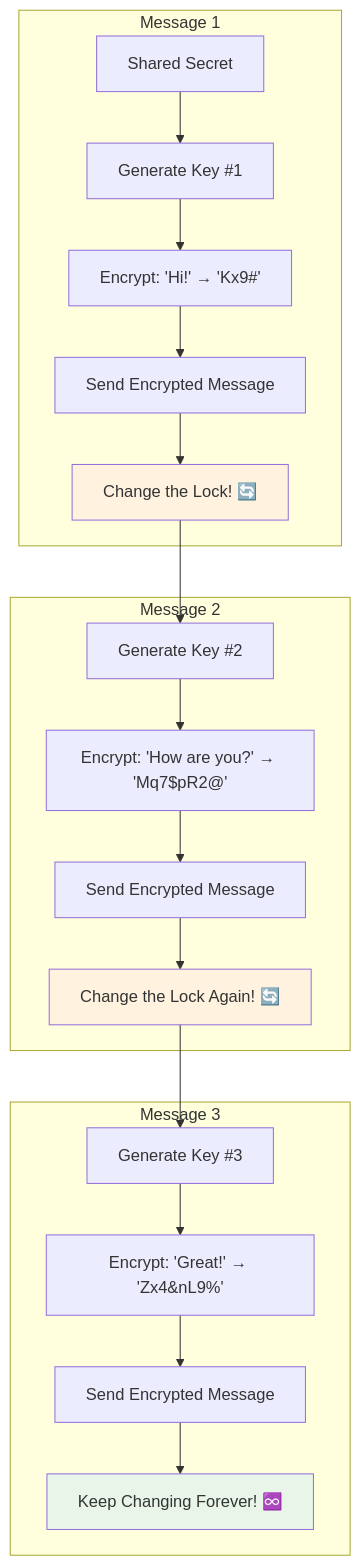
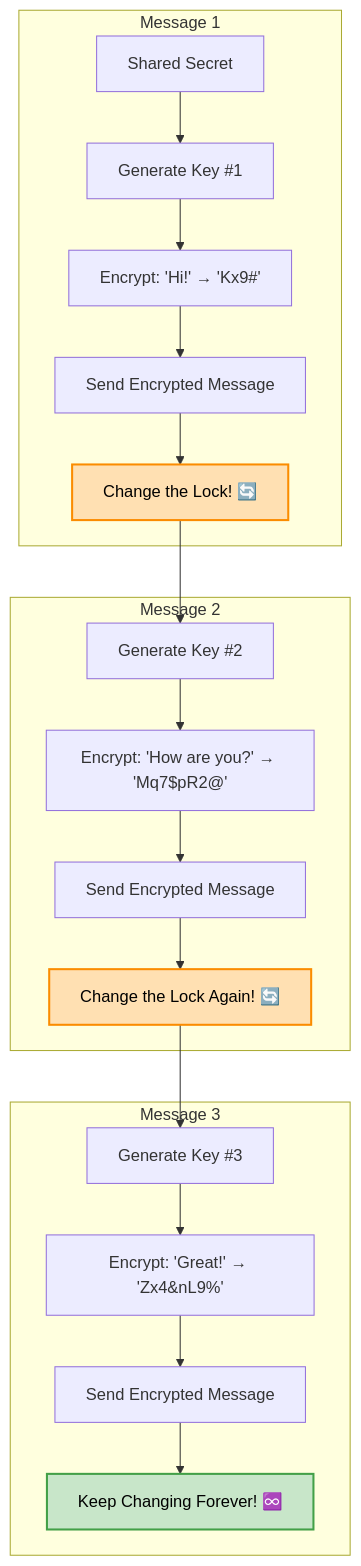
The seventh of 16 diagrams in docs/signal_protocol_for_kids.md (prabhatg/signal_crypto_lib), drawn with Mermaid before and after one commit. The commit also changed other lines of this file and 1 other file, not shown here.

Commit message:
Documentation diagram updates

````diff
--- a/docs/signal_protocol_for_kids.md
+++ b/docs/signal_protocol_for_kids.md
@@ -193,27 +193,27 @@
 ```mermaid
 graph TD
     subgraph "Message 1"
         A[Shared Secret] --> B[Generate Key #1]
         B --> C[Encrypt: 'Hi!' → 'Kx9#']
         C --> D[Send Encrypted Message]
         D --> E[Change the Lock! 🔄]
     end
     
     subgraph "Message 2"
         E --> F[Generate Key #2]
         F --> G[Encrypt: 'How are you?' → 'Mq7$pR2@']
         G --> H[Send Encrypted Message]
         H --> I[Change the Lock Again! 🔄]
     end
     
     subgraph "Message 3"
         I --> J[Generate Key #3]
         J --> K[Encrypt: 'Great!' → 'Zx4&nL9%']
         K --> L[Send Encrypted Message]
         L --> M[Keep Changing Forever! ♾️]
     end
     
-    style E fill:#fff3e0
-    style I fill:#fff3e0
-    style M fill:#e8f5e8
+    style E fill:#ffe0b2,stroke:#fb8c00,stroke-width:2px,color:#000
+    style I fill:#ffe0b2,stroke:#fb8c00,stroke-width:2px,color:#000
+    style M fill:#c8e6c9,stroke:#43a047,stroke-width:2px,color:#000
 ```
````
